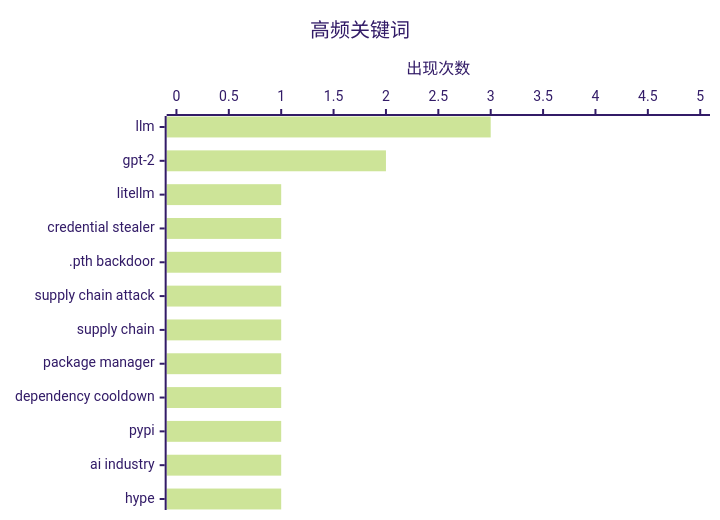
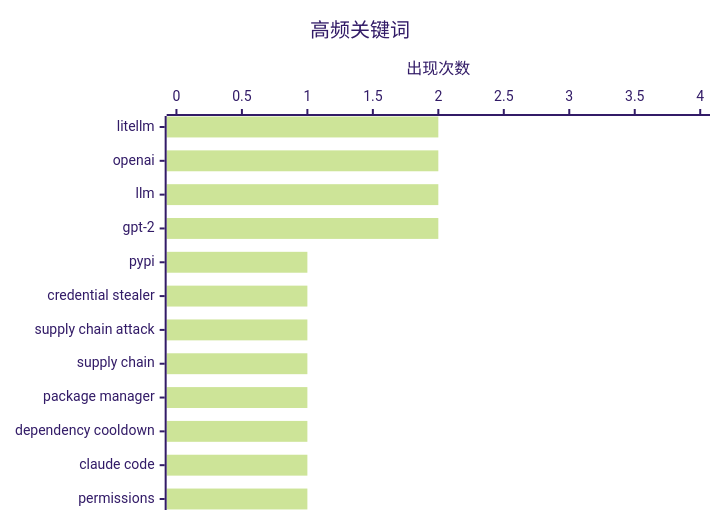
Before and after one commit to originem0/SZBlog: the second of 2 diagrams in content/ai-daily/2026-03-25.md, drawn with Mermaid (forest theme). The commit also changed other lines of this file, not shown here.

````diff
--- a/content/ai-daily/2026-03-25.md
+++ b/content/ai-daily/2026-03-25.md
@@ -67,7 +71,7 @@
 ```mermaid
 xychart-beta horizontal
     title "高频关键词"
-    x-axis ["llm", "gpt-2", "litellm", "credential stealer", ".pth backdoor", "supply chain attack", "supply chain", "package manager", "dependency cooldown", "pypi", "ai industry", "hype"]
-    y-axis "出现次数" 0 --> 5
-    bar [3, 2, 1, 1, 1, 1, 1, 1, 1, 1, 1, 1]
+    x-axis ["litellm", "openai", "llm", "gpt-2", "pypi", "credential stealer", "supply chain attack", "supply chain", "package manager", "dependency cooldown", "claude code", "permissions"]
+    y-axis "出现次数" 0 --> 4
+    bar [2, 2, 2, 2, 1, 1, 1, 1, 1, 1, 1, 1]
 ```
````
